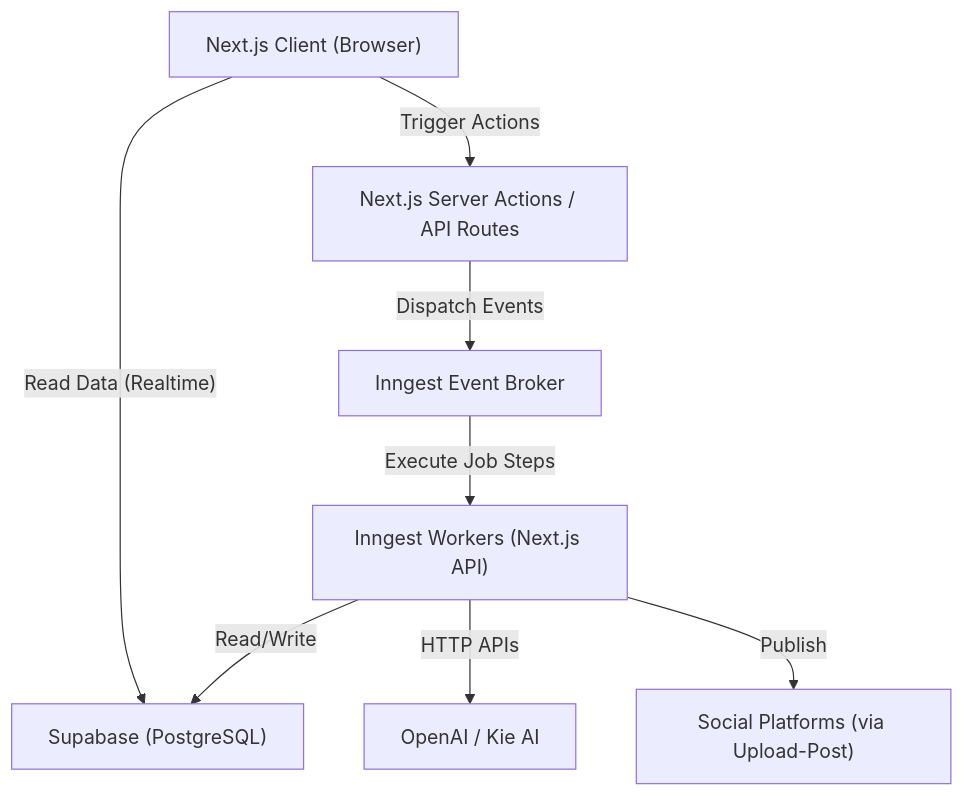
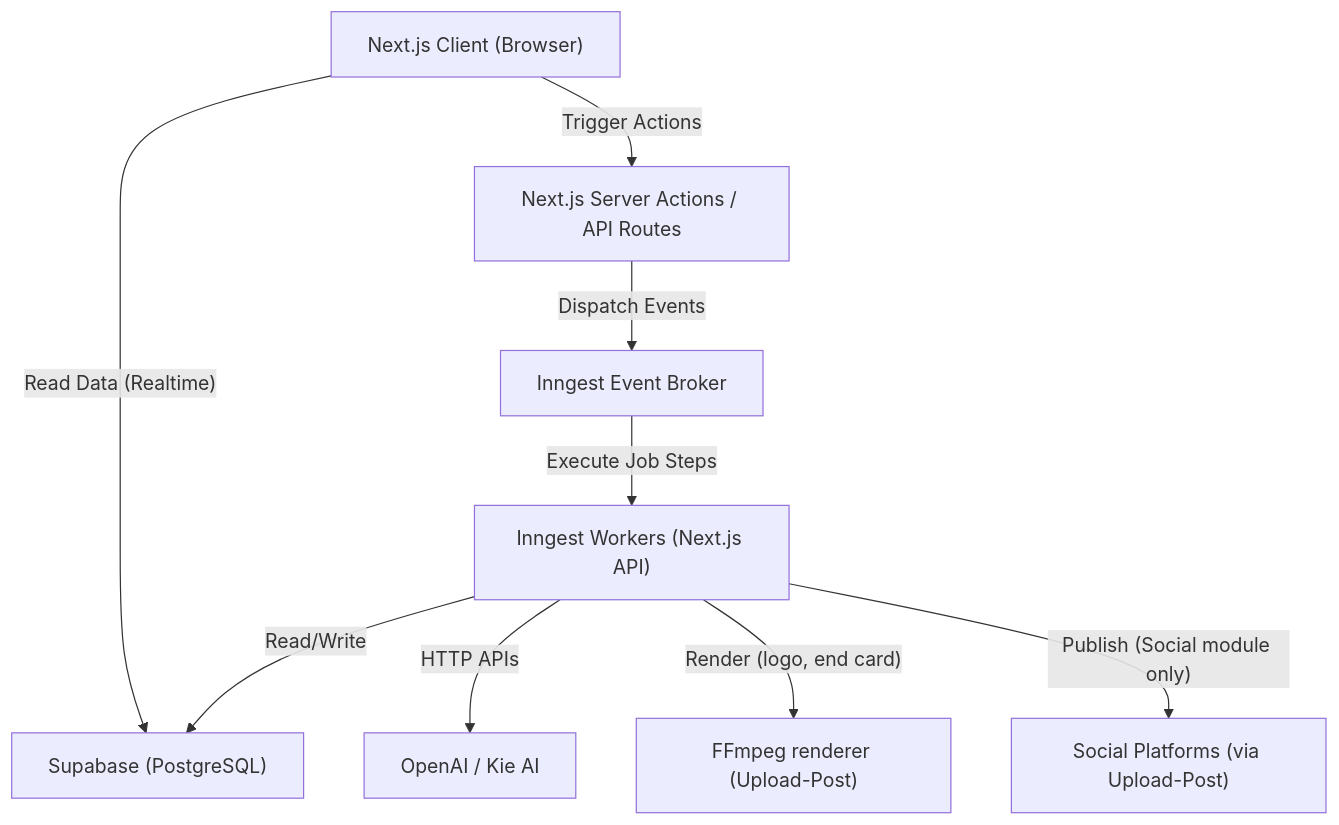
The diagram in docs/architecture/system_design.md (Aumatic-AI/kangroo-Kinetix), drawn with Mermaid before and after one commit. The commit also changed other lines of this file and 7 other files, not shown here.

````diff
--- a/docs/architecture/system_design.md
+++ b/docs/architecture/system_design.md
@@ -9,10 +9,11 @@
 ```mermaid
 graph TD
     Client["Next.js Client (Browser)"] -- "Read Data (Realtime)" --> Supabase["Supabase (PostgreSQL)"]
     Client -- "Trigger Actions" --> API["Next.js Server Actions / API Routes"]
     API -- "Dispatch Events" --> Inngest["Inngest Event Broker"]
     Inngest -- "Execute Job Steps" --> Jobs["Inngest Workers (Next.js API)"]
     Jobs -- "Read/Write" --> Supabase
     Jobs -- "HTTP APIs" --> AI["OpenAI / Kie AI"]
-    Jobs -- "Publish" --> Meta["Social Platforms (via Upload-Post)"]
+    Jobs -- "Render (logo, end card)" --> FFmpeg["FFmpeg renderer (Upload-Post)"]
+    Jobs -- "Publish (Social module only)" --> Platforms["Social Platforms (via Upload-Post)"]
 ```
````
